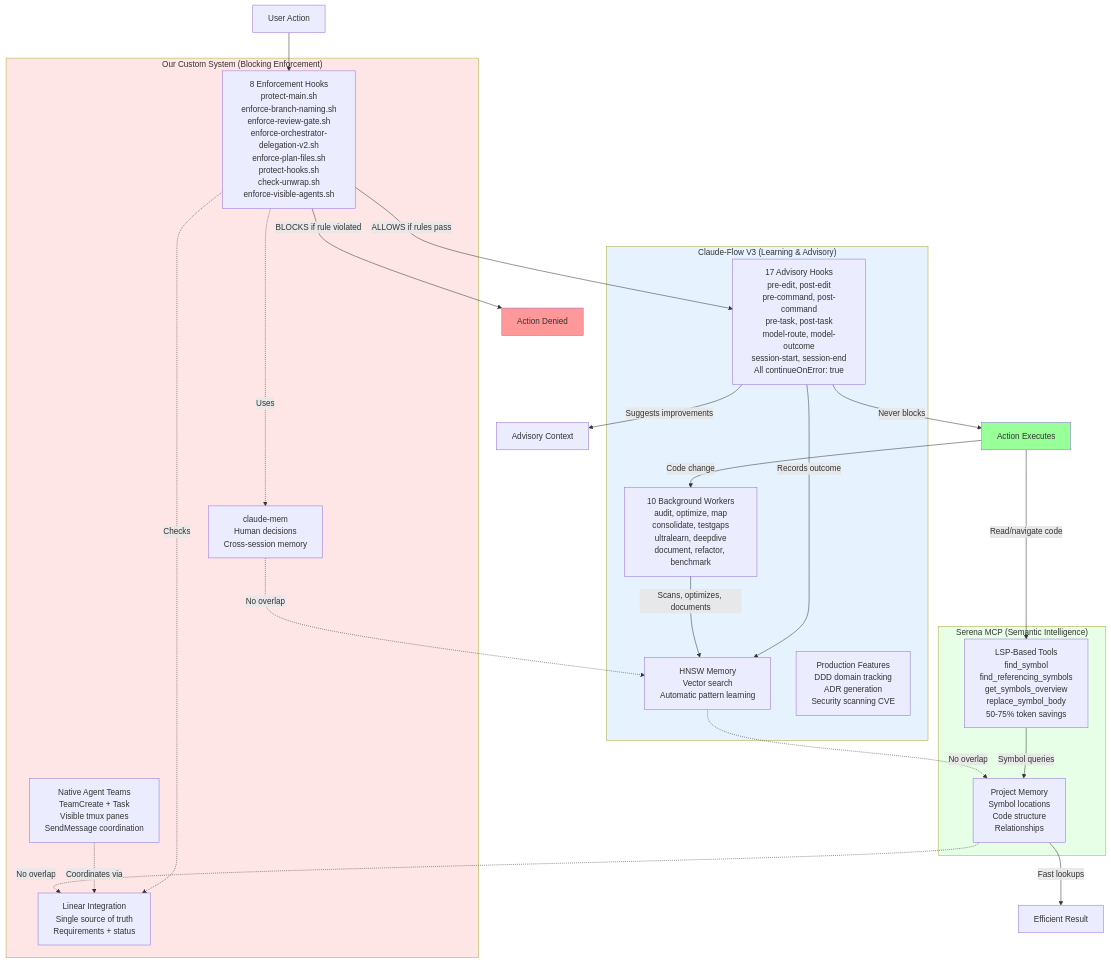
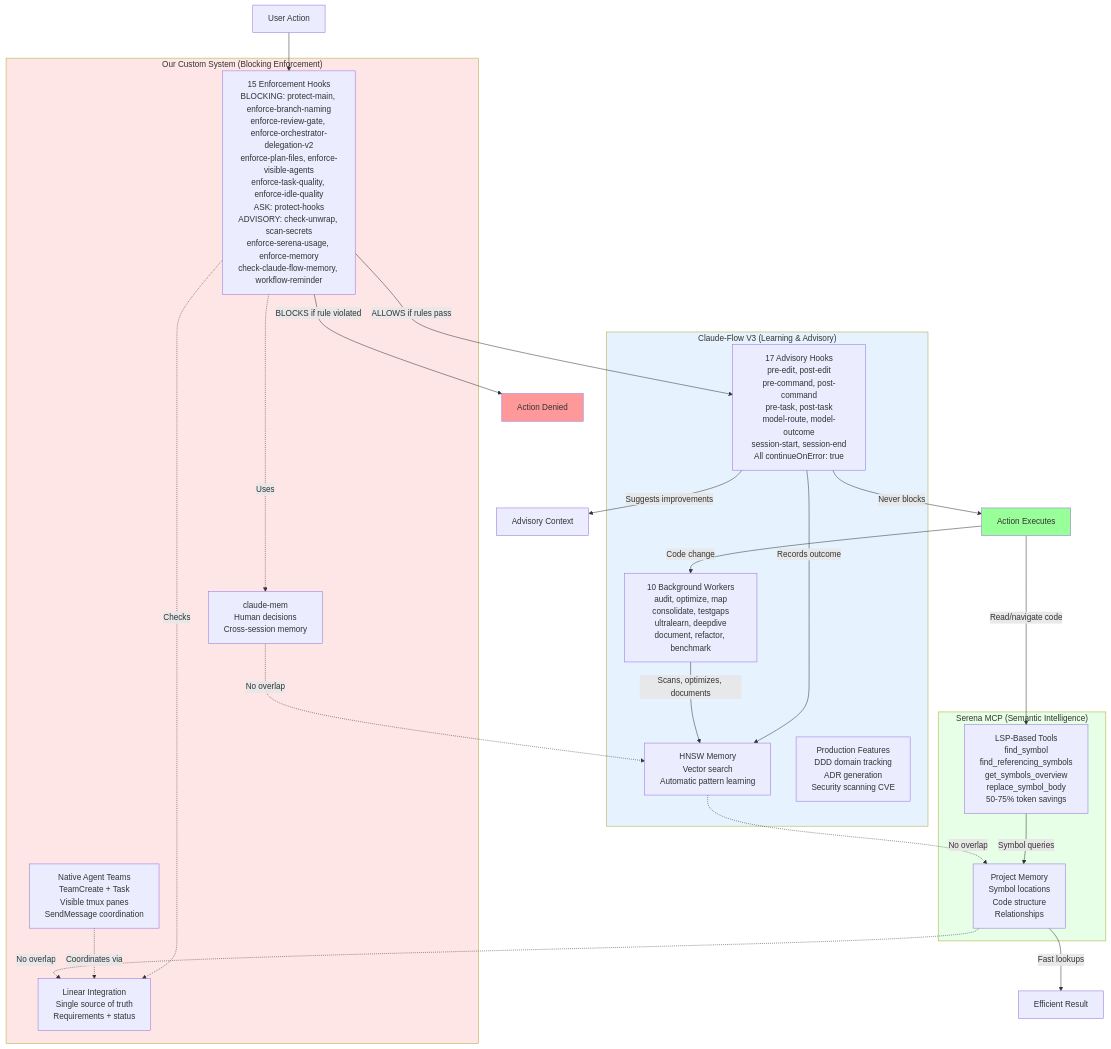
Before and after one commit to eysenfalk/git-review: diagram 11 of 11 in docs/workflow.md, drawn with Mermaid. The commit also changed other lines of this file and 4 other files, not shown here.

````diff
--- a/docs/workflow.md
+++ b/docs/workflow.md
@@ -267,56 +315,56 @@
 ```mermaid
 flowchart TB
     subgraph Custom["Our Custom System (Blocking Enforcement)"]
-        Hooks1[8 Enforcement Hooks<br/>protect-main.sh<br/>enforce-branch-naming.sh<br/>enforce-review-gate.sh<br/>enforce-orchestrator-delegation-v2.sh<br/>enforce-plan-files.sh<br/>protect-hooks.sh<br/>check-unwrap.sh<br/>enforce-visible-agents.sh]
+        Hooks1[15 Enforcement Hooks<br/>BLOCKING: protect-main, enforce-branch-naming<br/>enforce-review-gate, enforce-orchestrator-delegation-v2<br/>enforce-plan-files, enforce-visible-agents<br/>enforce-task-quality, enforce-idle-quality<br/>ASK: protect-hooks<br/>ADVISORY: check-unwrap, scan-secrets<br/>enforce-serena-usage, enforce-memory<br/>check-claude-flow-memory, workflow-reminder]
 
         Teams1[Native Agent Teams<br/>TeamCreate + Task<br/>Visible tmux panes<br/>SendMessage coordination]
 
         Memory1[claude-mem<br/>Human decisions<br/>Cross-session memory]
 
         Linear1[Linear Integration<br/>Single source of truth<br/>Requirements + status]
     end
 
     subgraph ClaudeFlow["Claude-Flow V3 (Learning & Advisory)"]
         Hooks2[17 Advisory Hooks<br/>pre-edit, post-edit<br/>pre-command, post-command<br/>pre-task, post-task<br/>model-route, model-outcome<br/>session-start, session-end<br/>All continueOnError: true]
 
         Workers[10 Background Workers<br/>audit, optimize, map<br/>consolidate, testgaps<br/>ultralearn, deepdive<br/>document, refactor, benchmark]
 
         Memory2[HNSW Memory<br/>Vector search<br/>Automatic pattern learning]
 
         Features[Production Features<br/>DDD domain tracking<br/>ADR generation<br/>Security scanning CVE]
     end
 
     subgraph Serena["Serena MCP (Semantic Intelligence)"]
         Tools[LSP-Based Tools<br/>find_symbol<br/>find_referencing_symbols<br/>get_symbols_overview<br/>replace_symbol_body<br/>50-75% token savings]
 
         Memory3[Project Memory<br/>Symbol locations<br/>Code structure<br/>Relationships]
     end
 
     User[User Action] --> Hooks1
     Hooks1 -->|BLOCKS if rule violated| Stop[Action Denied]
     Hooks1 -->|ALLOWS if rules pass| Hooks2
     Hooks2 -->|Records outcome| Memory2
     Hooks2 -->|Suggests improvements| Advisory[Advisory Context]
     Hooks2 -->|Never blocks| Execute[Action Executes]
 
     Execute -->|Code change| Workers
     Workers -->|Scans, optimizes, documents| Memory2
 
     Execute -->|Read/navigate code| Tools
     Tools -->|Symbol queries| Memory3
     Memory3 -->|Fast lookups| Result[Efficient Result]
 
     Hooks1 -.->|Uses| Memory1
     Hooks1 -.->|Checks| Linear1
     Teams1 -.->|Coordinates via| Linear1
 
     Memory1 -.->|No overlap| Memory2
     Memory2 -.->|No overlap| Memory3
     Memory3 -.->|No overlap| Linear1
 
     style Custom fill:#ffe6e6
     style ClaudeFlow fill:#e6f3ff
     style Serena fill:#e6ffe6
     style Stop fill:#ff9999
     style Execute fill:#99ff99
 ```
````
